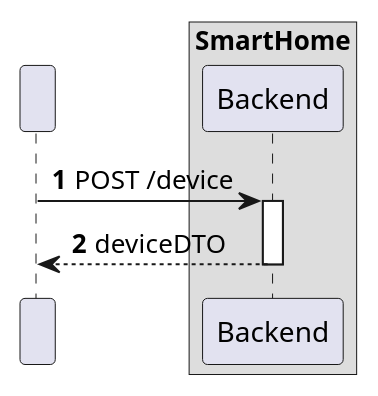
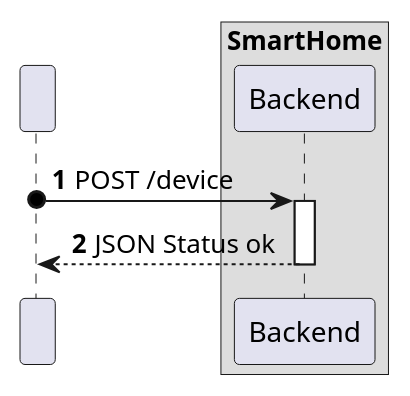
One commit to olivDiogo/SmartHome changed the diagram in docs/ooa/C4_4plus1_models/Level2/ProcessView/ProcessViewLevel2_UC05v2.puml. Above: the diagram before and after it, drawn with PlantUML. The commit also changed 2 other files, not shown here.

```diff
--- a/docs/ooa/C4_4plus1_models/Level2/ProcessView/ProcessViewLevel2_UC05v2.puml
+++ b/docs/ooa/C4_4plus1_models/Level2/ProcessView/ProcessViewLevel2_UC05v2.puml
@@ -1,24 +1,24 @@
 @startuml
 'https://plantuml.com/sequence-diagram
 !pragma layout smetana
 
 autonumber
 
 participant " " as HTTP
 
 box "SmartHome"
     participant "Backend" as BE
 end box
 
 
-HTTP -> BE : POST /device
+HTTP o-> BE : POST /device
 activate BE
 
 
-BE --> HTTP : deviceDTO
+BE --> HTTP : JSON Status ok
 deactivate BE
 
 deactivate HTTP
 
 
 @enduml
```
